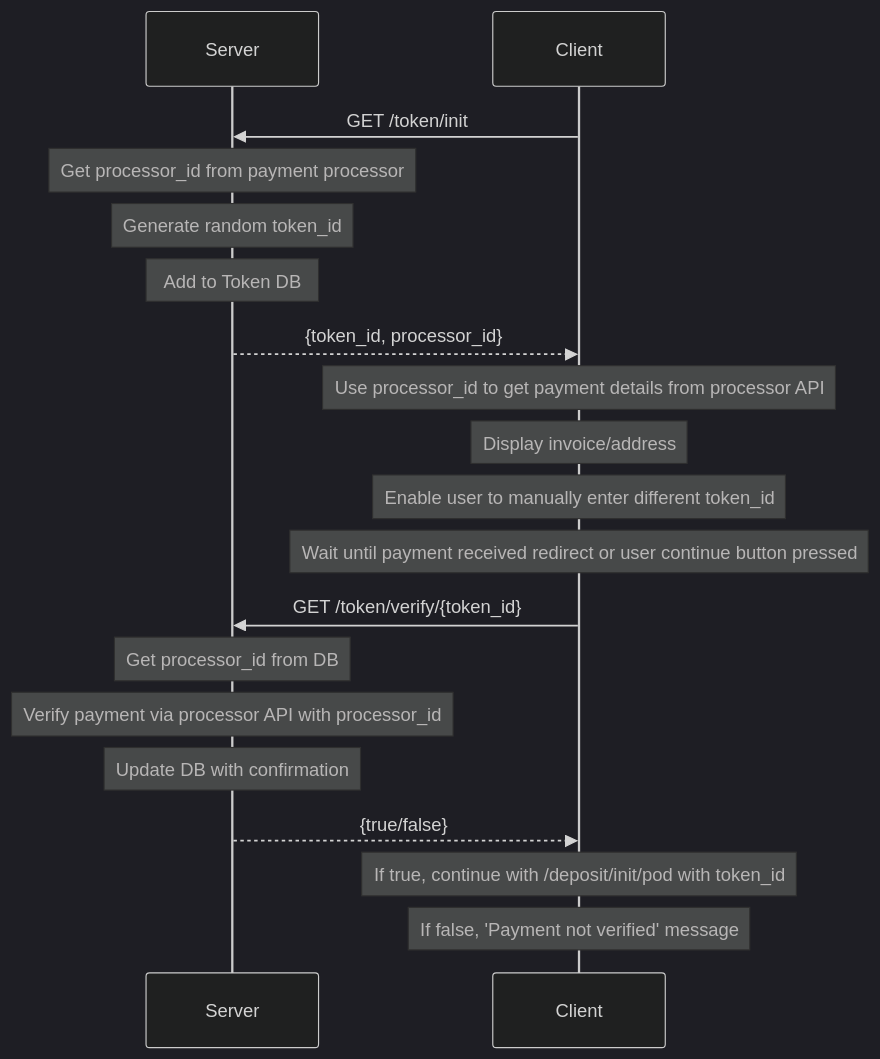
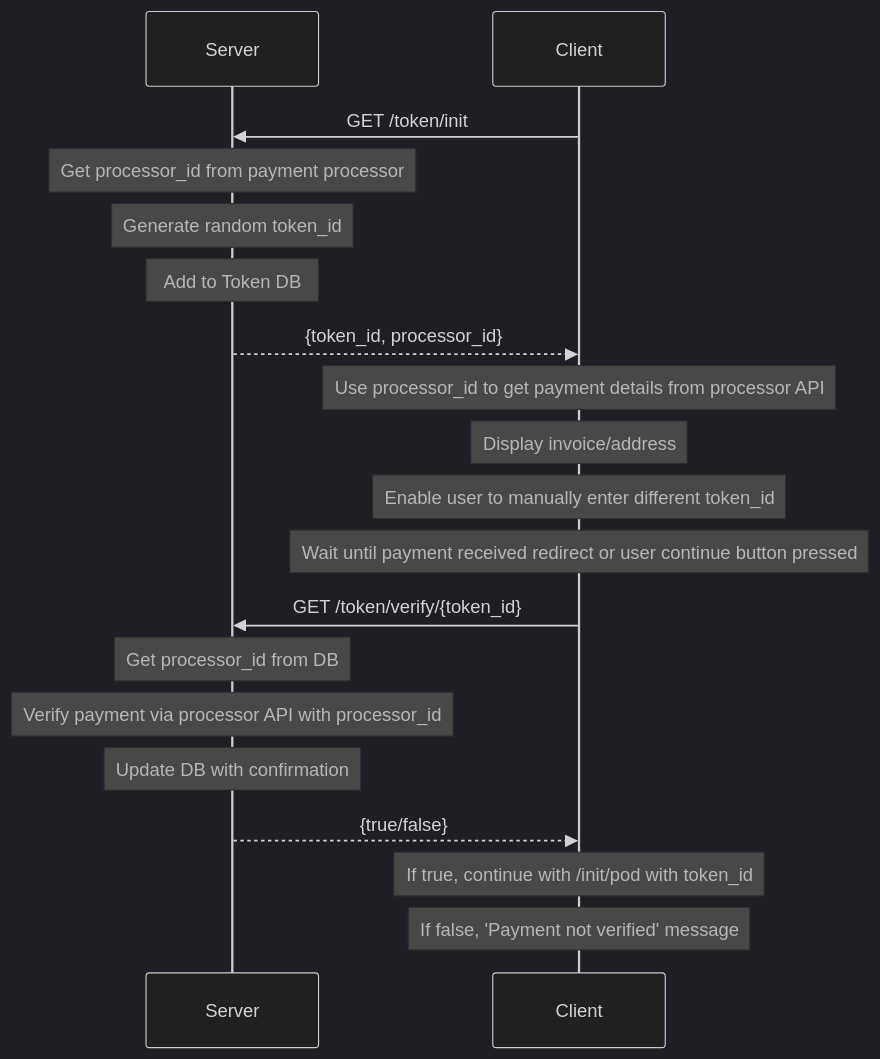
The diagram in docs/tokens.md (commerceblock/mercurylayer), drawn with Mermaid (dark theme) before and after one commit. The commit also changed other lines of this file and 10 other files, not shown here.

````diff
--- a/docs/tokens.md
+++ b/docs/tokens.md
@@ -25,21 +25,21 @@
 ```mermaid
 sequenceDiagram
     participant Server
     participant Client
     Client->>Server: GET /token/init
     note over Server: Get processor_id from payment processor
     note over Server: Generate random token_id
     note over Server: Add to Token DB
     Server-->>Client: {token_id, processor_id}
     note over Client: Use processor_id to get payment details from processor API
     note over Client: Display invoice/address
     note over Client: Enable user to manually enter different token_id 
     note over Client: Wait until payment received redirect or user continue button pressed
     Client->>Server: GET /token/verify/{token_id}
     note over Server: Get processor_id from DB
     note over Server: Verify payment via processor API with processor_id
     note over Server: Update DB with confirmation
     Server-->>Client: {true/false}
-    note over Client: If true, continue with /deposit/init/pod with token_id
+    note over Client: If true, continue with /init/pod with token_id
     note over Client: If false, 'Payment not verified' message
 ```
````
